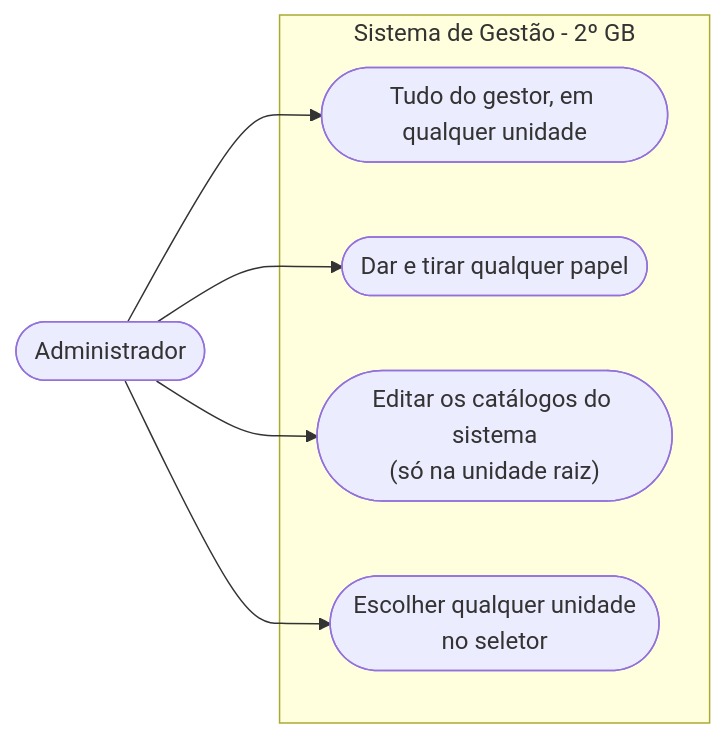
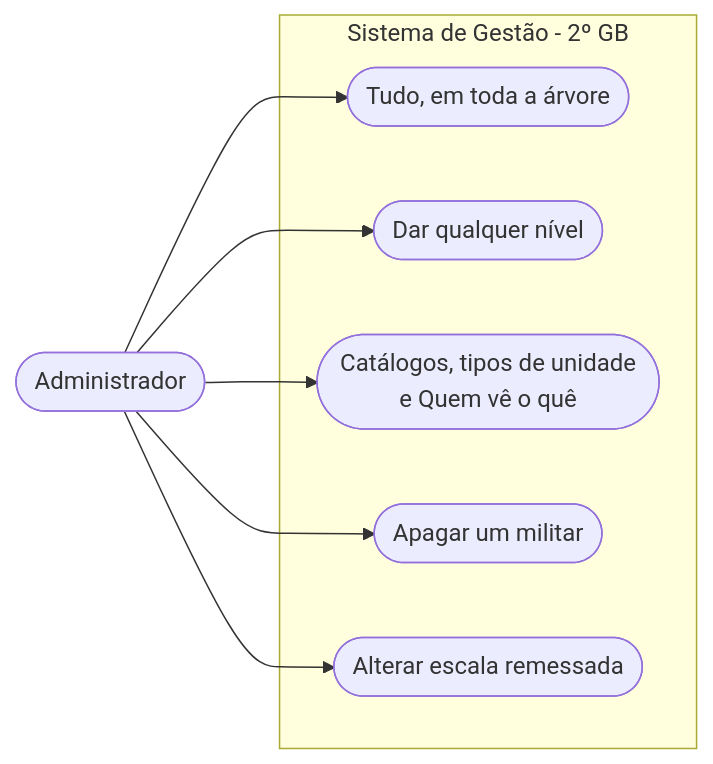
One commit to kuminho-br/escalas-2gb changed the fifth of 5 diagrams in docs/casos-de-uso.md. Above: the diagram before and after it, drawn with Mermaid. The commit also changed other lines of this file and 15 other files, not shown here.

````diff
--- a/docs/casos-de-uso.md
+++ b/docs/casos-de-uso.md
@@ -102,14 +153,16 @@
 ```mermaid
 flowchart LR
     U(["Administrador"])
     subgraph SIS["Sistema de Gestão - 2º GB"]
-        T(["Tudo do gestor, em qualquer unidade"])
-        PA(["Dar e tirar qualquer papel"])
-        CA(["Editar os catálogos do sistema<br/>(só na unidade raiz)"])
-        U2(["Escolher qualquer unidade<br/>no seletor"])
+        T(["Tudo, em toda a árvore"])
+        NV(["Dar qualquer nível"])
+        CA(["Catálogos, tipos de unidade<br/>e Quem vê o quê"])
+        AP(["Apagar um militar"])
+        RE(["Alterar escala remessada"])
     end
     U --> T
-    U --> PA
+    U --> NV
     U --> CA
-    U --> U2
+    U --> AP
+    U --> RE
 ```
````
